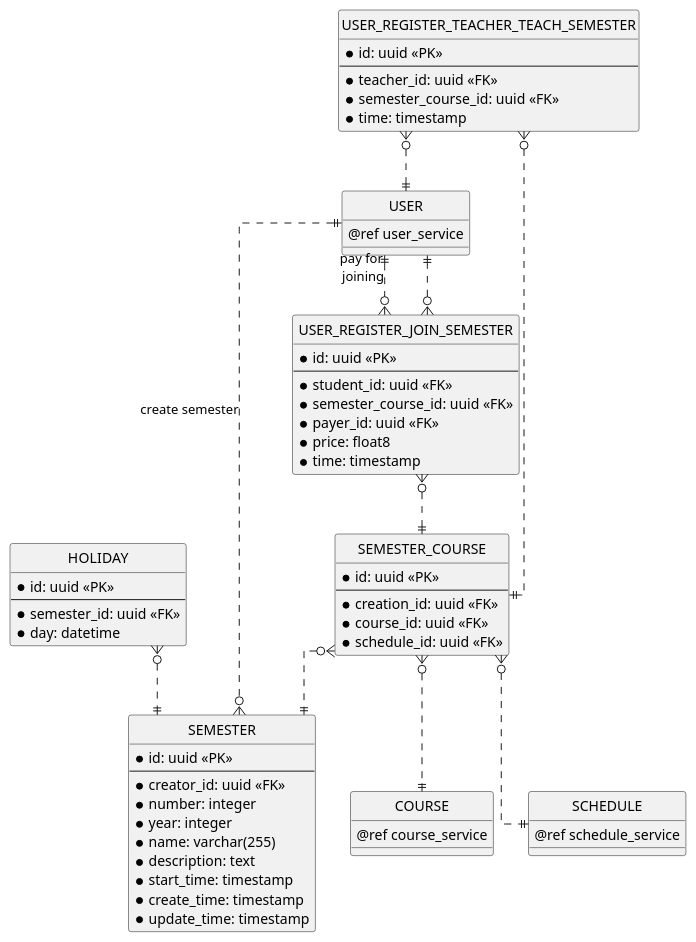
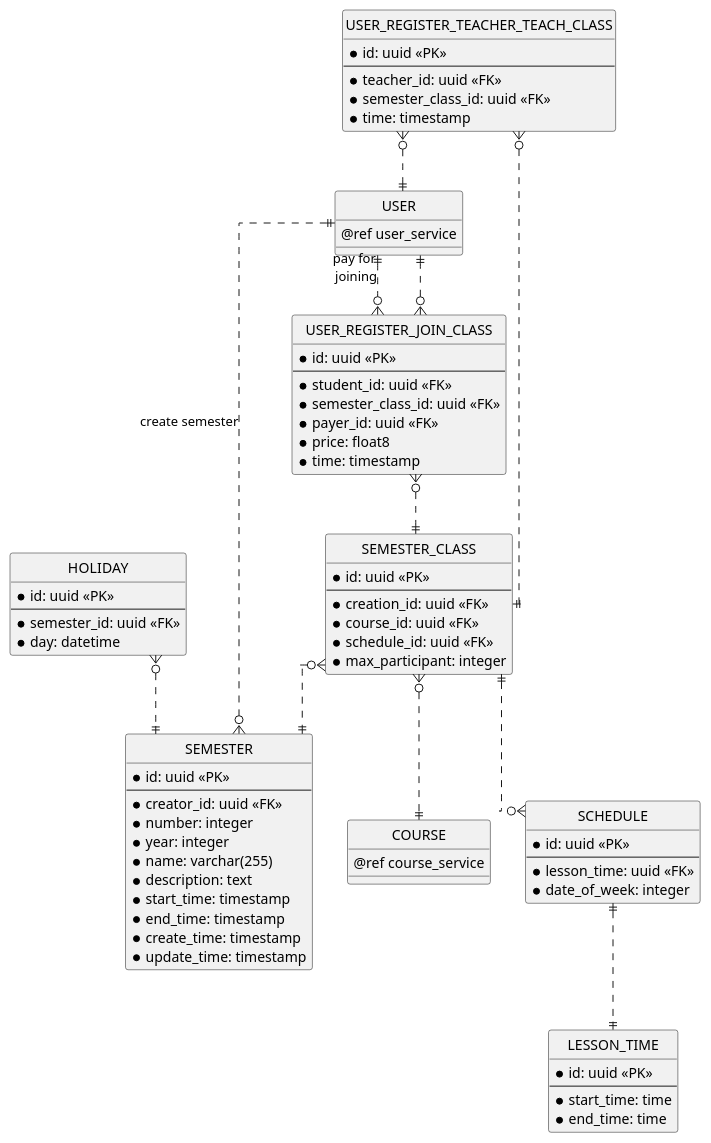
Before and after one commit to chungnguyenbkcse/ERD-USECASE-KIDSDRAWING: the fifth of 12 diagrams in erd.md, drawn with PlantUML. The commit also changed other lines of this file and 1 other file, not shown here.

Commit message:
edit semester class, schedule

````diff
--- a/erd.md
+++ b/erd.md
@@ -317,6 +271,7 @@
     * name: varchar(255)
     * description: text
     * start_time: timestamp
+    * end_time: timestamp
     * create_time: timestamp
     * update_time: timestamp
 }
@@ -328,48 +283,60 @@
     * day: datetime
 }
 
-entity "SEMESTER_COURSE" as semester_course {
+entity "SEMESTER_CLASS" as semester_class {
     * id: uuid <<PK>>
     --
     * creation_id: uuid <<FK>>
     * course_id: uuid <<FK>>
     * schedule_id: uuid <<FK>>
+    * max_participant: integer
 }
 
 entity "SCHEDULE" as schedule {
-    @ref schedule_service
+    * id: uuid <<PK>>
+    --
+    * lesson_time: uuid <<FK>>
+    * date_of_week: integer
+}
+
+entity "LESSON_TIME" as lesson_time {
+    * id: uuid <<PK>>
+    --
+    * start_time: time
+    * end_time: time
 }
 
 
-entity "USER_REGISTER_JOIN_SEMESTER" as user_register_join_semester {
+entity "USER_REGISTER_JOIN_CLASS" as user_register_join_class {
     * id: uuid <<PK>>
     --
     * student_id: uuid <<FK>>
-    * semester_course_id: uuid <<FK>>
+    * semester_class_id: uuid <<FK>>
     * payer_id: uuid <<FK>>
     * price: float8
     * time: timestamp
 }
 
-entity "USER_REGISTER_TEACHER_TEACH_SEMESTER" as user_register_teach_semester {
+entity "USER_REGISTER_TEACHER_TEACH_CLASS" as user_register_teach_class {
     * id: uuid <<PK>>
     --
     * teacher_id: uuid <<FK>>
-    * semester_course_id: uuid <<FK>>
+    * semester_class_id: uuid <<FK>>
     * time: timestamp
 }
 
 ' Semester Relationship
 
-user ||..o{ user_register_join_semester: pay for\n joining
+user ||..o{ user_register_join_class: pay for\n joining
 user ||..o{ semester_creation: create semester
-user_register_teach_semester }o..|| user
-user_register_teach_semester }o..|| semester_course
-user_register_join_semester }o..|| user
-user_register_join_semester }o..|| semester_course
-semester_course }o..|| course
-semester_course }o..|| semester_creation
+user_register_teach_class }o..|| user
+user_register_teach_class }o..|| semester_class
+user_register_join_class }o..|| user
+user_register_join_class }o..|| semester_class
+semester_class }o..|| course
+semester_class }o..|| semester_creation
 holiday }o..|| semester_creation
-semester_course }o..|| schedule
+semester_class ||..o{ schedule
+schedule ||..|| lesson_time
 @enduml
 ```
````
